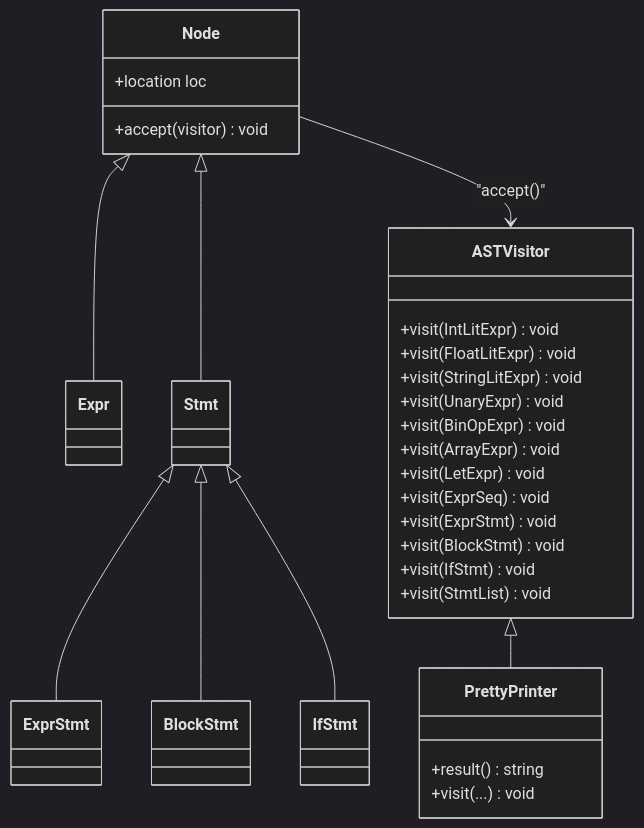
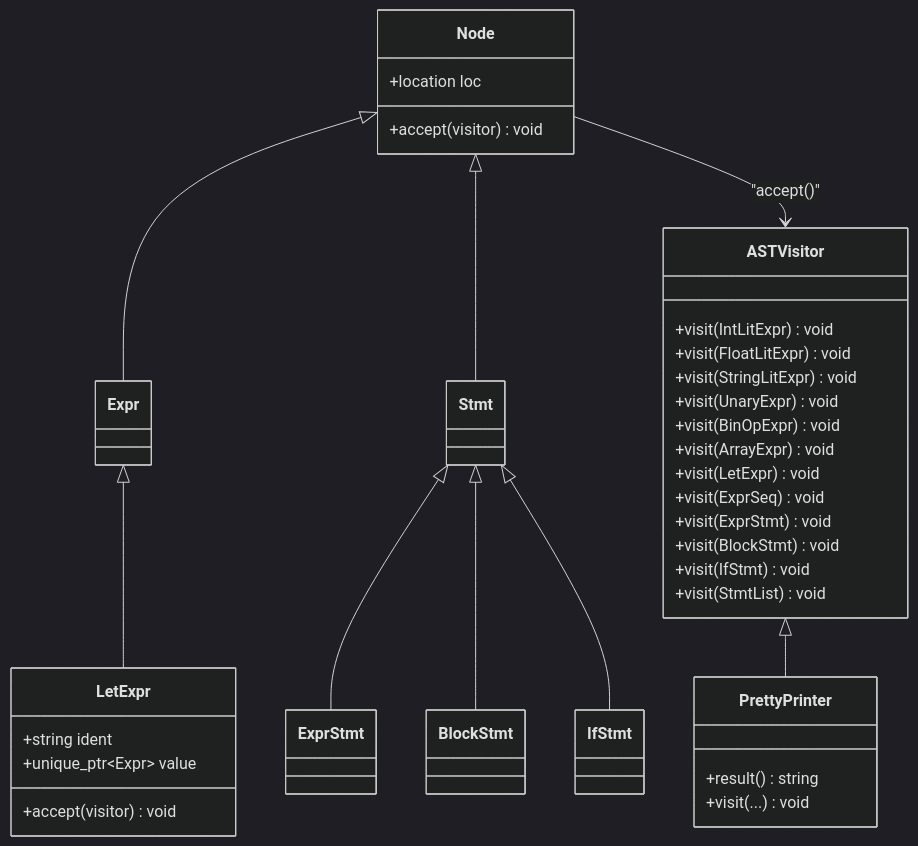
The fifth of 6 diagrams in .qoder/repowiki/en/content/Testing Framework.md (littlebirds/modern_bision), drawn with Mermaid (dark theme) before and after one commit. The commit also changed other lines of this file and 7 other files, not shown here.

````diff
--- a/.qoder/repowiki/en/content/Testing Framework.md
+++ b/.qoder/repowiki/en/content/Testing Framework.md
@@ -256,37 +280,43 @@
 ```mermaid
 classDiagram
 class Node {
 +location loc
 +accept(visitor) void
 }
 class Expr
 class Stmt
 class ExprStmt
 class BlockStmt
 class IfStmt
+class LetExpr {
++string ident
++unique_ptr~Expr~ value
++accept(visitor) void
+}
 class ASTVisitor {
 +visit(IntLitExpr) void
 +visit(FloatLitExpr) void
 +visit(StringLitExpr) void
 +visit(UnaryExpr) void
 +visit(BinOpExpr) void
 +visit(ArrayExpr) void
 +visit(LetExpr) void
 +visit(ExprSeq) void
 +visit(ExprStmt) void
 +visit(BlockStmt) void
 +visit(IfStmt) void
 +visit(StmtList) void
 }
 class PrettyPrinter {
 +result() string
 +visit(...) void
 }
 Node <|-- Expr
 Node <|-- Stmt
 Stmt <|-- ExprStmt
 Stmt <|-- BlockStmt
 Stmt <|-- IfStmt
+Expr <|-- LetExpr
 ASTVisitor <|-- PrettyPrinter
 Node --> ASTVisitor : "accept()"
 ```
````
